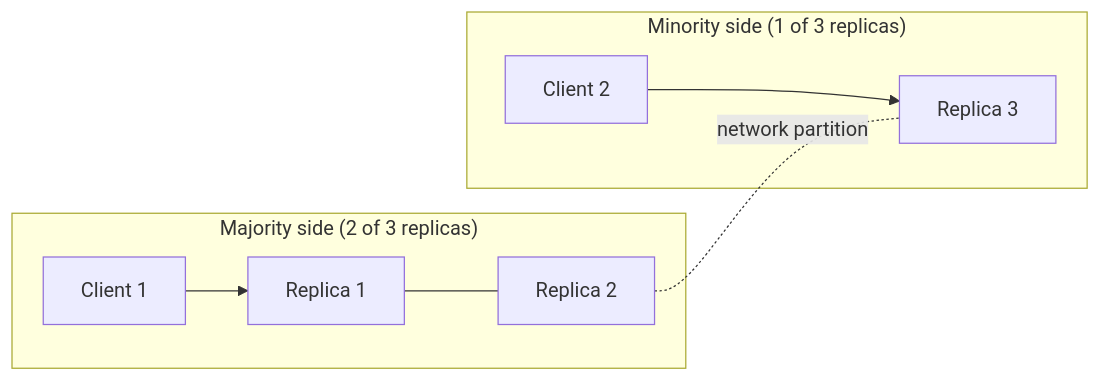
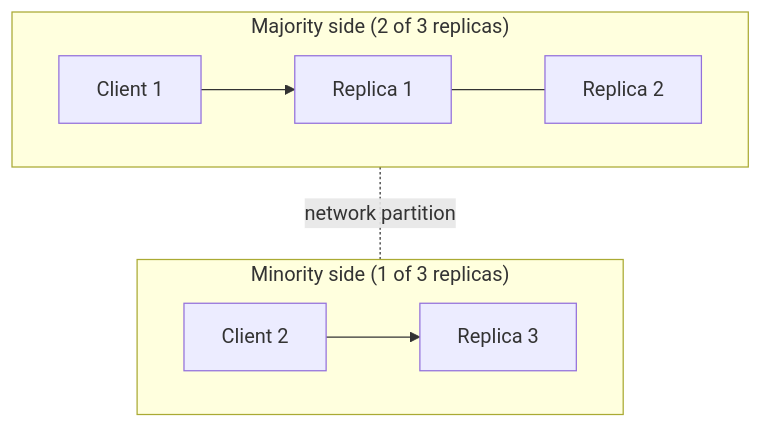
Before and after one commit to butyavk/system-design: the diagram in src/content/docs/fundamentals/cap-theorem.mdx, drawn with Mermaid. The commit also changed 144 other files, not shown here.

````diff
--- a/src/content/docs/fundamentals/cap-theorem.mdx
+++ b/src/content/docs/fundamentals/cap-theorem.mdx
@@ -33,11 +33,13 @@
 ```mermaid
-flowchart LR
+flowchart TB
   subgraph sideA["Majority side (2 of 3 replicas)"]
+    direction LR
     c1["Client 1"] --> r1["Replica 1"]
     r1 --- r2["Replica 2"]
   end
   subgraph sideB["Minority side (1 of 3 replicas)"]
+    direction LR
     c2["Client 2"] --> r3["Replica 3"]
   end
-  r2 -.-|"network partition"| r3
+  sideA -.-|"network partition"| sideB
 ```
````
